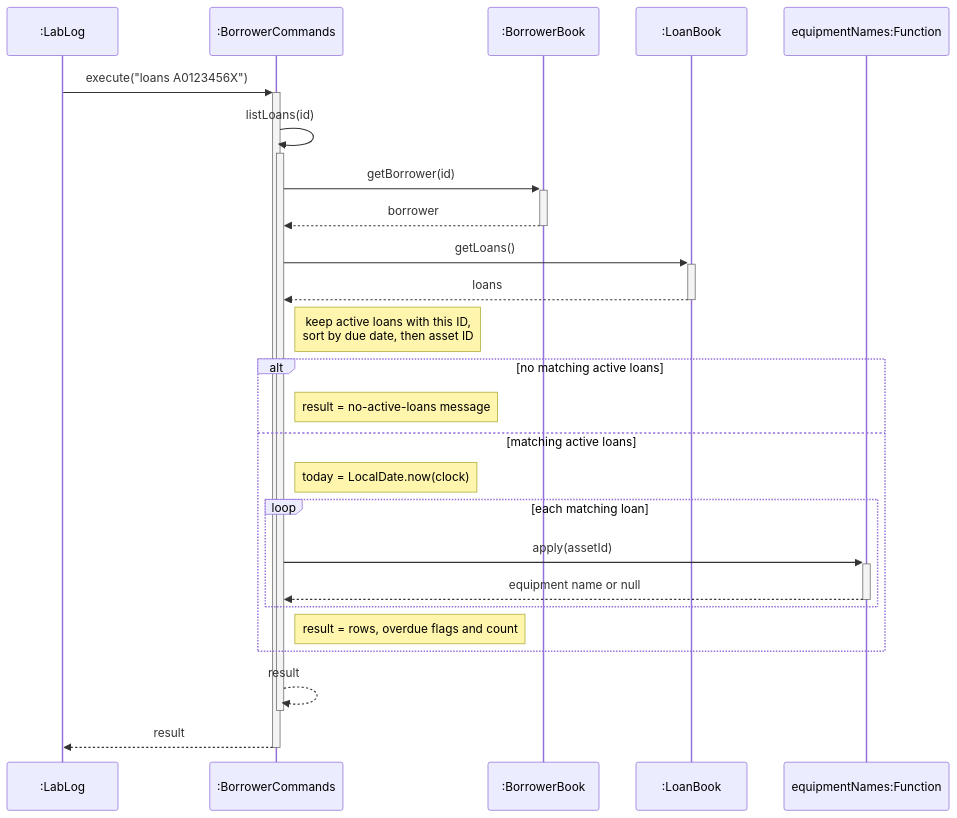
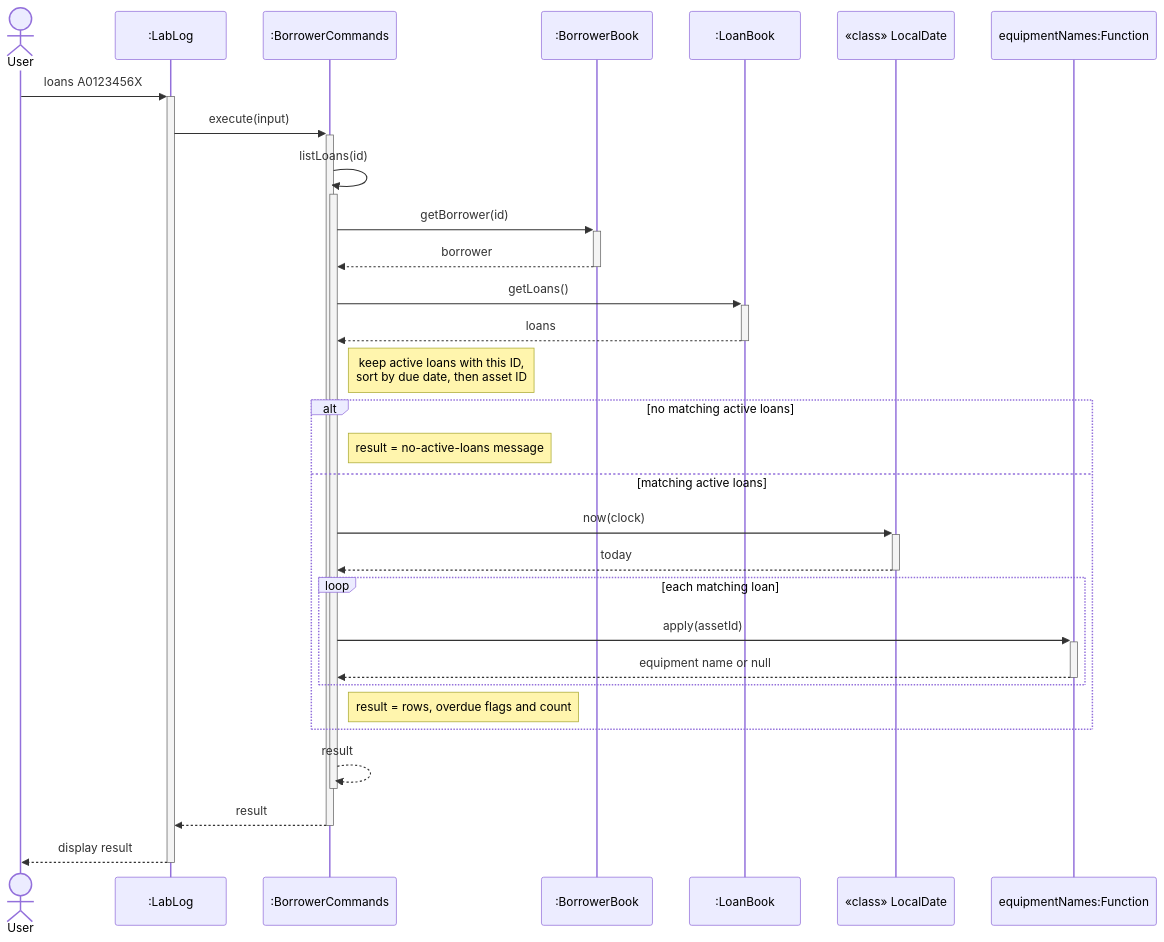
The fourth of 12 diagrams in docs/DeveloperGuide.md (AY2627S1-CS2113-W13-3/tp), drawn with Mermaid before and after one commit. The commit also changed other lines of this file, not shown here.

First line of the commit message:
Docs: Align DG diagrams with course UML notation

````diff
--- a/docs/DeveloperGuide.md
+++ b/docs/DeveloperGuide.md
@@ -338,27 +339,32 @@
 ```mermaid
 sequenceDiagram
+    actor User
     participant CLI as :LabLog
     participant Commands as :BorrowerCommands
     participant Borrowers as :BorrowerBook
     participant Loans as :LoanBook
+    participant Date as «class» LocalDate
     participant Names as equipmentNames:Function
-    CLI->>+Commands: execute("loans A0123456X")
+    User->>+CLI: loans A0123456X
+    CLI->>+Commands: execute(input)
     Commands->>+Commands: listLoans(id)
     Commands->>+Borrowers: getBorrower(id)
     Borrowers-->>-Commands: borrower
     Commands->>+Loans: getLoans()
     Loans-->>-Commands: loans
     Note right of Commands: keep active loans with this ID,<br/>sort by due date, then asset ID
     alt no matching active loans
         Note right of Commands: result = no-active-loans message
     else matching active loans
-        Note right of Commands: today = LocalDate.now(clock)
+        Commands->>+Date: now(clock)
+        Date-->>-Commands: today
         loop each matching loan
             Commands->>+Names: apply(assetId)
             Names-->>-Commands: equipment name or null
         end
         Note right of Commands: result = rows, overdue flags and count
     end
     Commands-->>-Commands: result
     Commands-->>-CLI: result
+    CLI-->>-User: display result
 ```
````
